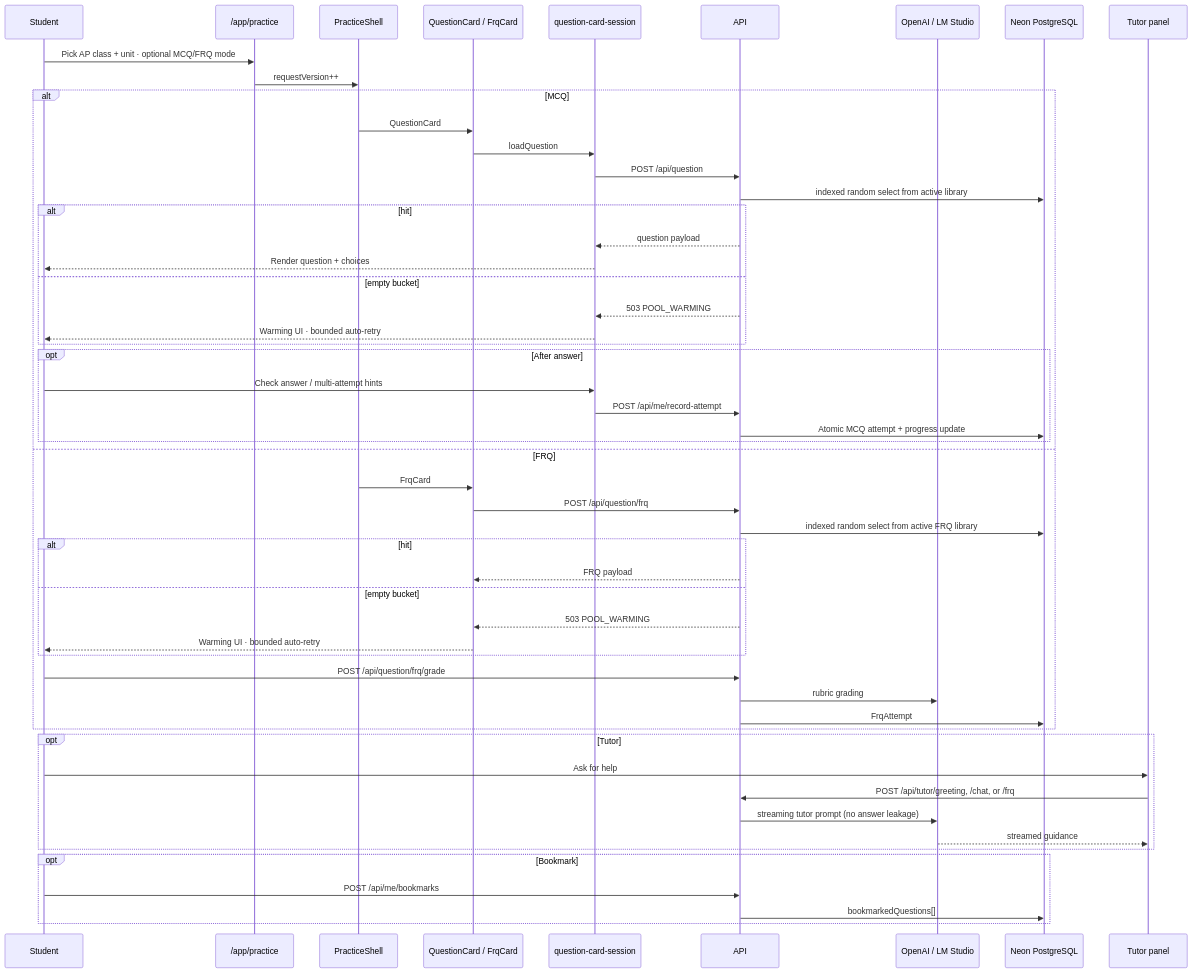
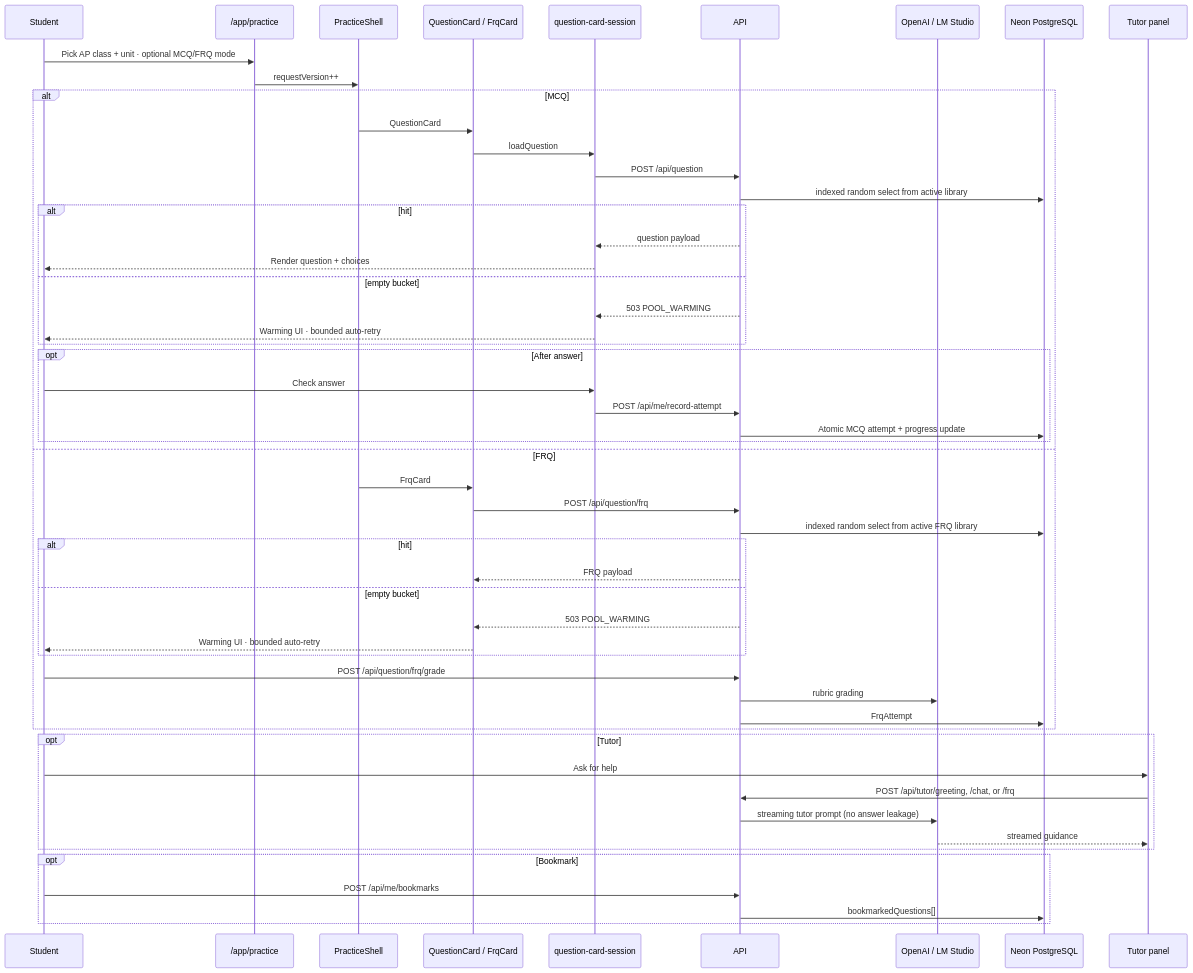
One commit to 5cisummai/freeappractice changed the sixth of 7 diagrams in docs/architecture.md. Above: the diagram before and after it, drawn with Mermaid. The commit also changed other lines of this file and 48 other files, not shown here.

First line of the commit message:
Update CI workflow, remove multi-attempt experiment, and clean up question handling.

````diff
--- a/docs/architecture.md
+++ b/docs/architecture.md
@@ -271,58 +270,58 @@
 ```mermaid
 sequenceDiagram
     participant U as Student
     participant App as /app/practice
     participant PS as PracticeShell
     participant Card as QuestionCard / FrqCard
     participant Sess as question-card-session
     participant API as API
     participant AI as OpenAI / LM Studio
     participant DB as Neon PostgreSQL
     participant Tutor as Tutor panel
 
     U->>App: Pick AP class + unit · optional MCQ/FRQ mode
     App->>PS: requestVersion++
     alt MCQ
         PS->>Card: QuestionCard
         Card->>Sess: loadQuestion
         Sess->>API: POST /api/question
         API->>DB: indexed random select from active library
         alt hit
             API-->>Sess: question payload
             Sess-->>U: Render question + choices
         else empty bucket
             API-->>Sess: 503 POOL_WARMING
             Sess-->>U: Warming UI · bounded auto-retry
         end
         opt After answer
-            U->>Sess: Check answer / multi-attempt hints
+            U->>Sess: Check answer
             Sess->>API: POST /api/me/record-attempt
             API->>DB: Atomic MCQ attempt + progress update
         end
     else FRQ
         PS->>Card: FrqCard
         Card->>API: POST /api/question/frq
         API->>DB: indexed random select from active FRQ library
         alt hit
             API-->>Card: FRQ payload
         else empty bucket
             API-->>Card: 503 POOL_WARMING
             Card-->>U: Warming UI · bounded auto-retry
         end
         U->>API: POST /api/question/frq/grade
         API->>AI: rubric grading
         API->>DB: FrqAttempt
     end
 
     opt Tutor
         U->>Tutor: Ask for help
         Tutor->>API: POST /api/tutor/greeting, /chat, or /frq
         API->>AI: streaming tutor prompt (no answer leakage)
         AI-->>Tutor: streamed guidance
     end
 
     opt Bookmark
         U->>API: POST /api/me/bookmarks
         API->>DB: bookmarkedQuestions[]
     end
 ```
````
